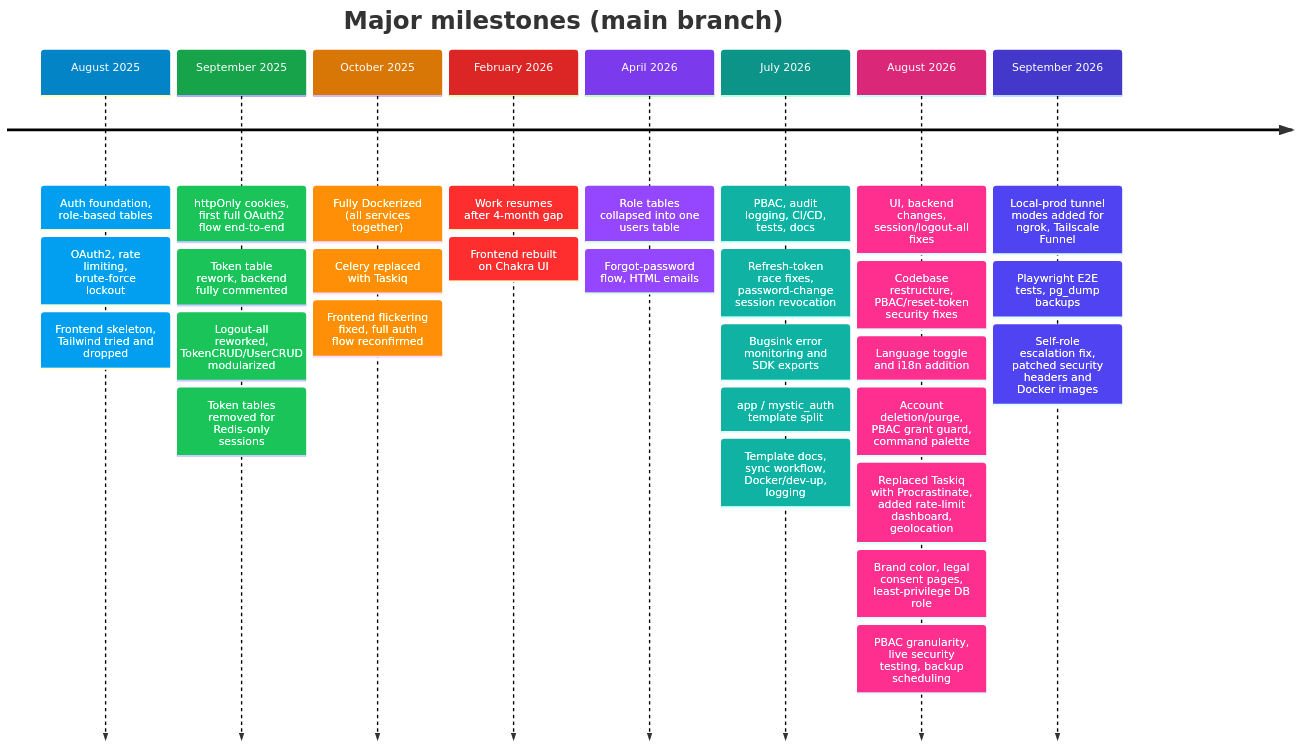
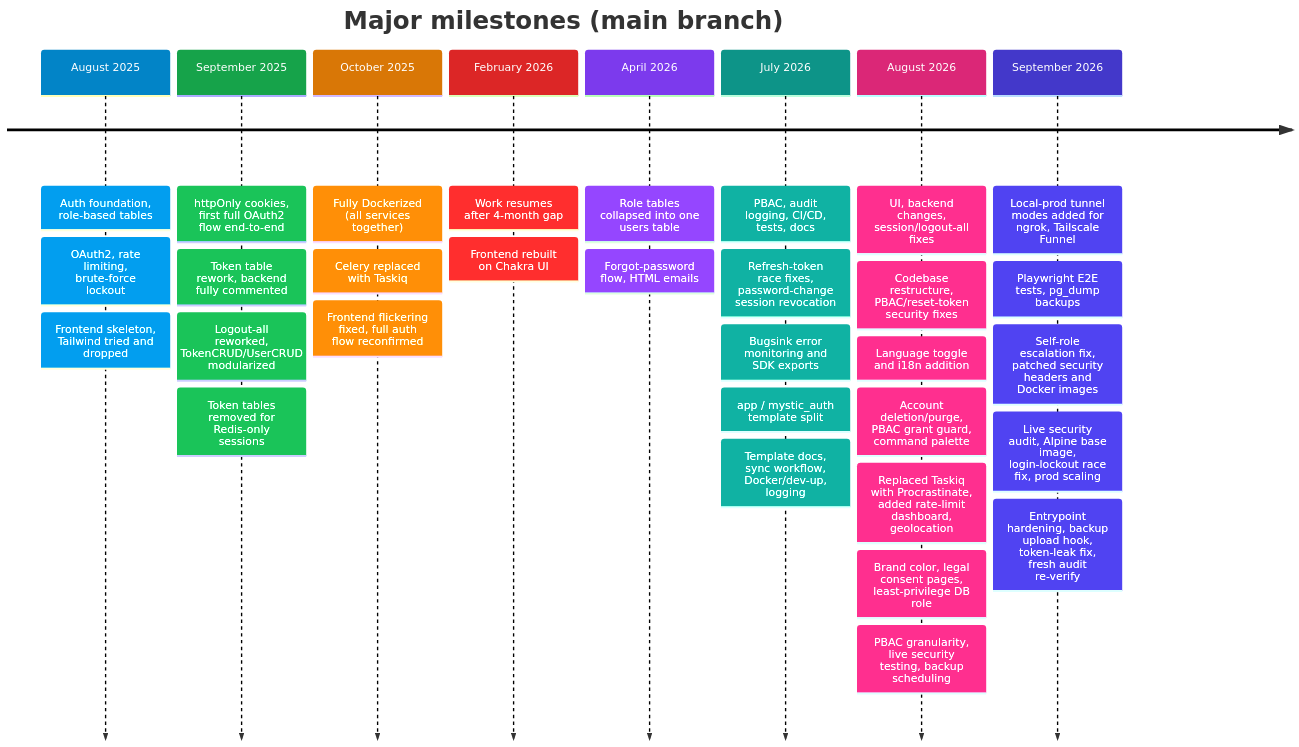
The diagram in docs/mystic_auth/project-story/timeline/README.md (Nachiket-2024/mystic-auth), drawn with Mermaid before and after one commit. The commit also changed other lines of this file and 110 other files, not shown here.

````diff
--- a/docs/mystic_auth/project-story/timeline/README.md
+++ b/docs/mystic_auth/project-story/timeline/README.md
@@ -34,34 +34,36 @@
 ```mermaid
 %%{init: {"themeVariables":{"fontSize":"16px","lineColor":"#334155","cScale0":"#0284c7","cScale1":"#16a34a","cScale2":"#d97706","cScale3":"#dc2626","cScale4":"#7c3aed","cScale5":"#0d9488","cScale6":"#db2777","cScale7":"#4338ca","cScaleLabel0":"#ffffff","cScaleLabel1":"#ffffff","cScaleLabel2":"#ffffff","cScaleLabel3":"#ffffff","cScaleLabel4":"#ffffff","cScaleLabel5":"#ffffff","cScaleLabel6":"#ffffff","cScaleLabel7":"#ffffff"}} }%%
 timeline
     title Major milestones (main branch)
     August 2025: Auth foundation, role-based tables
                 : OAuth2, rate limiting, brute-force lockout
                 : Frontend skeleton, Tailwind tried and dropped
     September 2025: httpOnly cookies, first full OAuth2 flow end-to-end
                    : Token table rework, backend fully commented
                    : Logout-all reworked, TokenCRUD/UserCRUD modularized
                    : Token tables removed for Redis-only sessions
     October 2025: Fully Dockerized (all services together)
                  : Celery replaced with Taskiq
                  : Frontend flickering fixed, full auth flow reconfirmed
     February 2026: Work resumes after 4-month gap
                   : Frontend rebuilt on Chakra UI
     April 2026: Role tables collapsed into one users table
                : Forgot-password flow, HTML emails
     July 2026: PBAC, audit logging, CI/CD, tests, docs
               : Refresh-token race fixes, password-change session revocation
               : Bugsink error monitoring and SDK exports
               : app / mystic_auth template split
               : Template docs, sync workflow, Docker/dev-up, logging
     August 2026: UI, backend changes, session/logout-all fixes
                 : Codebase restructure, PBAC/reset-token security fixes
                 : Language toggle and i18n addition
                 : Account deletion/purge, PBAC grant guard, command palette
                 : Replaced Taskiq with Procrastinate, added rate-limit dashboard, geolocation
                 : Brand color, legal consent pages, least-privilege DB role
                 : PBAC granularity, live security testing, backup scheduling
     September 2026: Local-prod tunnel modes added for ngrok, Tailscale Funnel
                    : Playwright E2E tests, pg_dump backups
                    : Self-role escalation fix, patched security headers and Docker images
+                   : Live security audit, Alpine base image, login-lockout race fix, prod scaling
+                   : Entrypoint hardening, backup upload hook, token-leak fix, fresh audit re-verify
 ```
````
